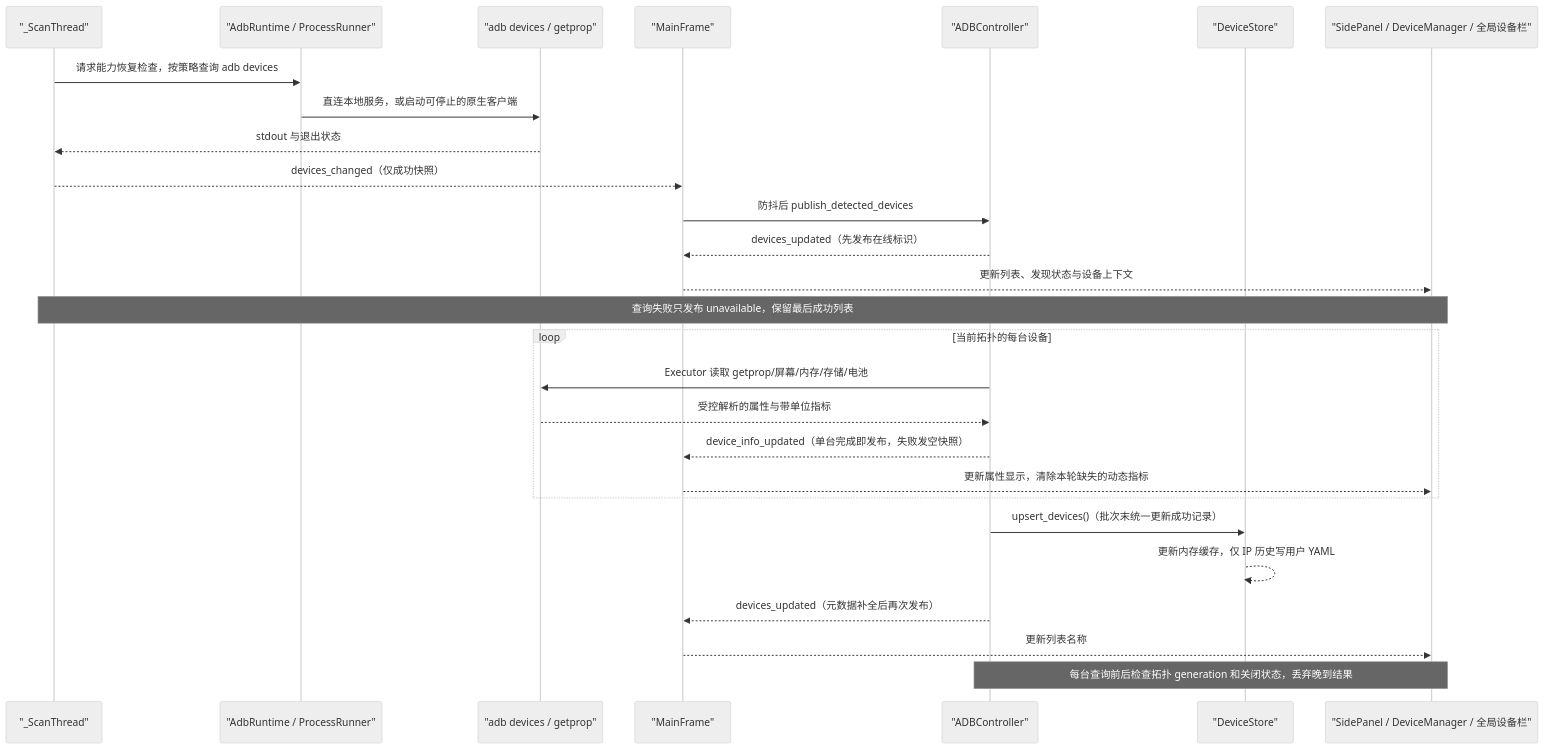
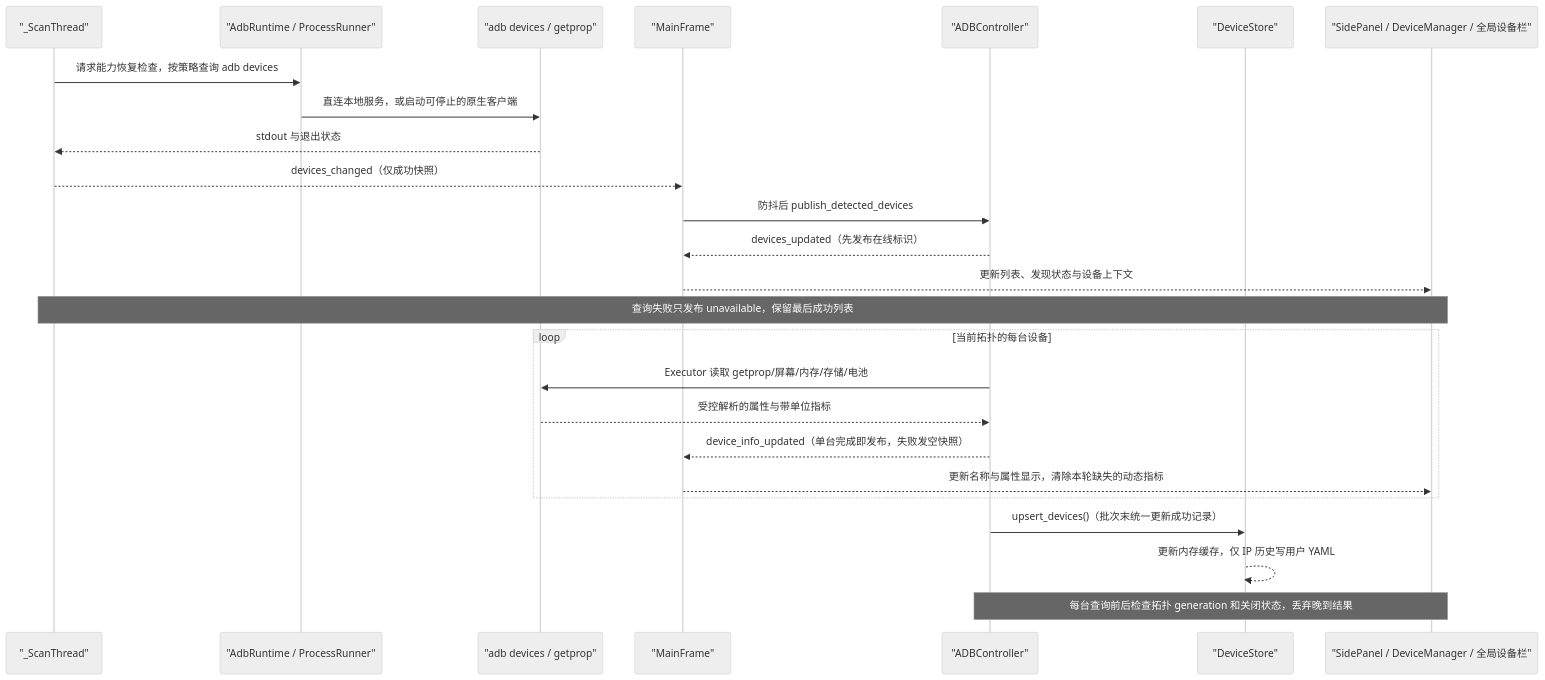
The first of 2 diagrams in docs/project-knowledge/DATA_FLOW.md (BlackHu-art/ADBLab), drawn with Mermaid (neutral theme) before and after one commit. The commit also changed other lines of this file and 63 other files, not shown here.

````diff
--- a/docs/project-knowledge/DATA_FLOW.md
+++ b/docs/project-knowledge/DATA_FLOW.md
@@ -35,30 +35,28 @@
 ```mermaid
 sequenceDiagram
     participant Scan as "_ScanThread"
     participant PR as "AdbRuntime / ProcessRunner"
     participant ADB as "adb devices / getprop"
     participant Frame as "MainFrame"
     participant C as "ADBController"
     participant DS as "DeviceStore"
     participant UI as "SidePanel / DeviceManager / 全局设备栏"
 
     Scan->>PR: 请求能力恢复检查，按策略查询 adb devices
     PR->>ADB: 直连本地服务，或启动可停止的原生客户端
     ADB-->>Scan: stdout 与退出状态
     Scan-->>Frame: devices_changed（仅成功快照）
     Frame->>C: 防抖后 publish_detected_devices
     C-->>Frame: devices_updated（先发布在线标识）
     Frame-->>UI: 更新列表、发现状态与设备上下文
     Note over Scan,UI: 查询失败只发布 unavailable，保留最后成功列表
     loop 当前拓扑的每台设备
         C->>ADB: Executor 读取 getprop/屏幕/内存/存储/电池
         ADB-->>C: 受控解析的属性与带单位指标
         C-->>Frame: device_info_updated（单台完成即发布，失败发空快照）
-        Frame-->>UI: 更新属性显示，清除本轮缺失的动态指标
+        Frame-->>UI: 更新名称与属性显示，清除本轮缺失的动态指标
     end
     C->>DS: upsert_devices()（批次末统一更新成功记录）
     DS-->>DS: 更新内存缓存，仅 IP 历史写用户 YAML
-    C-->>Frame: devices_updated（元数据补全后再次发布）
-    Frame-->>UI: 更新列表名称
     Note over C,UI: 每台查询前后检查拓扑 generation 和关闭状态，丢弃晚到结果
 ```
````
